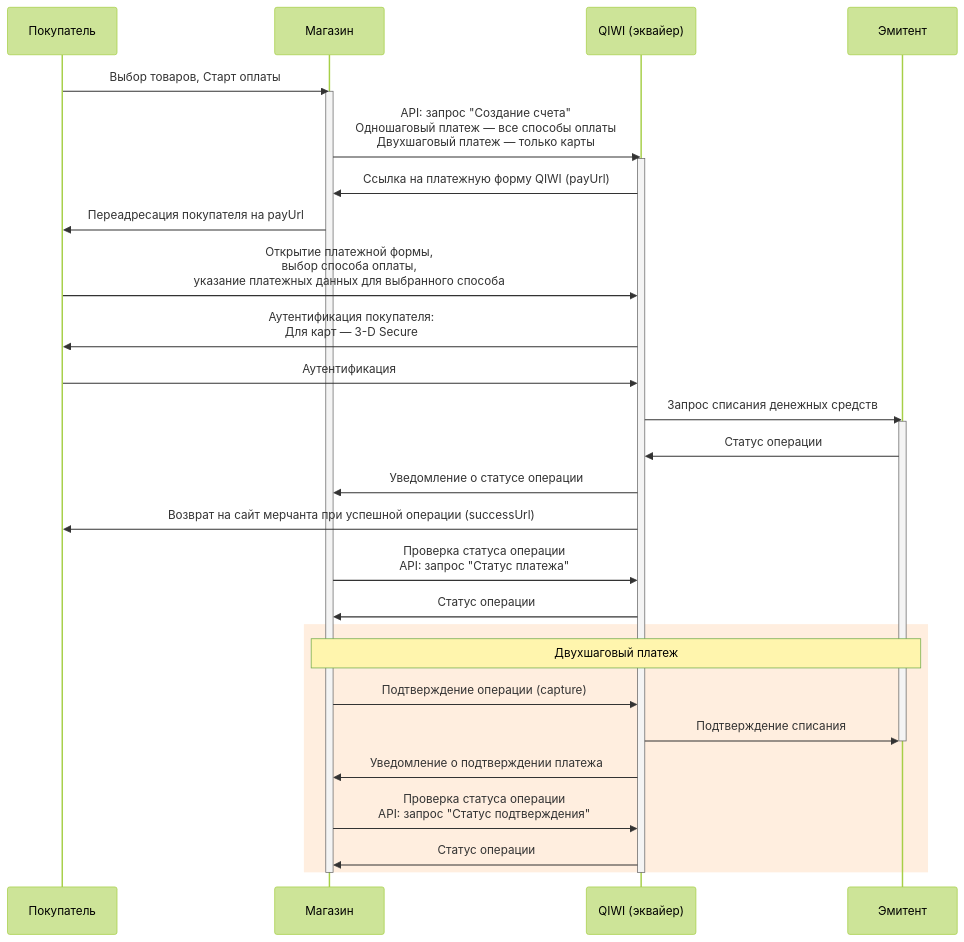
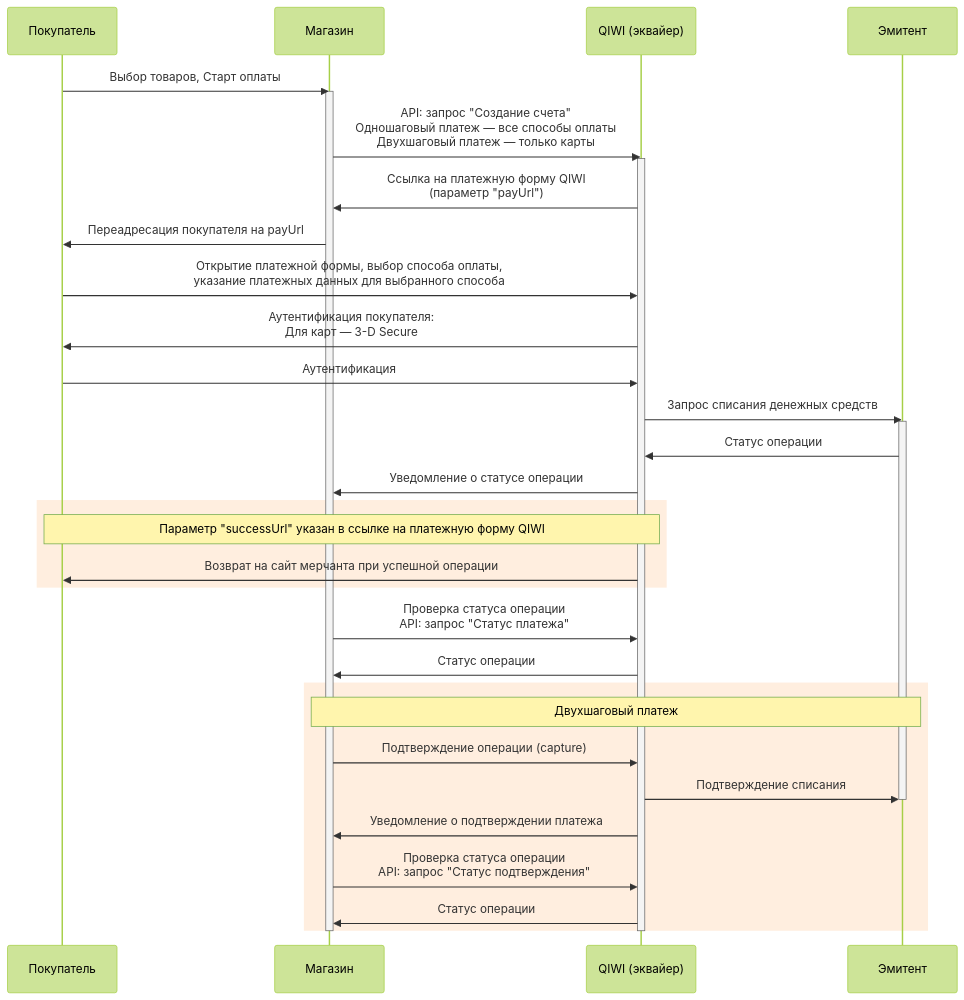
The diagram in _qiwi-form_ru.html.md (QIWI-API/payments-docs), drawn with Mermaid (forest theme) before and after one commit. The commit also changed other lines of this file and 16 other files, not shown here.

```diff
--- a/_qiwi-form_ru.html.md
+++ b/_qiwi-form_ru.html.md
@@ -13,34 +12,37 @@
 <div class="mermaid">
 sequenceDiagram
 participant customer as Покупатель
 participant store as Магазин
 participant qb as QIWI (эквайер)
 participant ips as Эмитент
 customer->>store:Выбор товаров, Старт оплаты
 activate store
 store->>qb:API: запрос "Создание счета"<br/>Одношаговый платеж — все способы оплаты<br/>Двухшаговый платеж — только карты
 activate qb
-qb->>store:Ссылка на платежную форму QIWI (payUrl)
+qb->>store:Ссылка на платежную форму QIWI<br/>(параметр "payUrl")
 store->>customer:Переадресация покупателя на payUrl
-customer->>qb:Открытие платежной формы,<br/>выбор способа оплаты,<br/>указание платежных данных для выбранного способа
+customer->>qb:Открытие платежной формы, выбор способа оплаты,<br/>указание платежных данных для выбранного способа
 qb->>customer:Аутентификация покупателя:<br/>Для карт — 3-D Secure
 customer->>qb:Аутентификация
 qb->>ips:Запрос списания денежных средств
 activate ips
 ips->>qb:Статус операции
 qb->>store:Уведомление о статусе операции
-qb->>customer: Возврат на сайт мерчанта при успешной операции (successUrl)
+rect rgb(255, 238, 223)
+Note over qb, customer: Параметр "successUrl" указан в ссылке на платежную форму QIWI
+qb->>customer: Возврат на сайт мерчанта при успешной операции
+end
 store->>qb: Проверка статуса операции<br/>API: запрос "Статус платежа"
 qb->>store: Статус операции
 rect rgb(255, 238, 223)
 Note over store, ips:Двухшаговый платеж
 store->>qb:Подтверждение операции (capture)
 qb->>ips:Подтверждение списания
 deactivate ips
 qb->>store:Уведомление о подтверждении платежа
 store->>qb: Проверка статуса операции<br/>API: запрос "Статус подтверждения"
 qb->>store: Статус операции
 end
 deactivate qb
 deactivate store
 </div>
```
